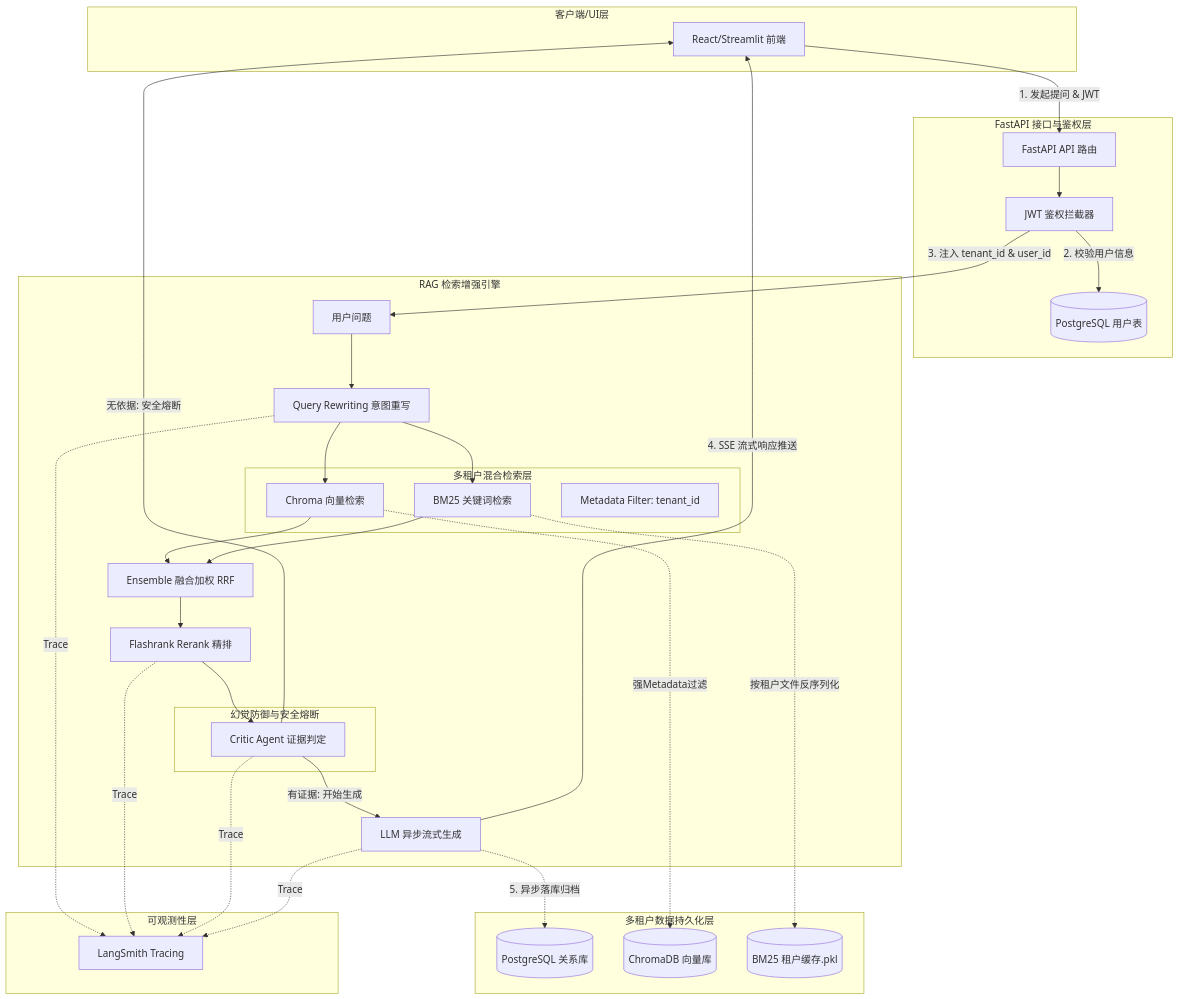
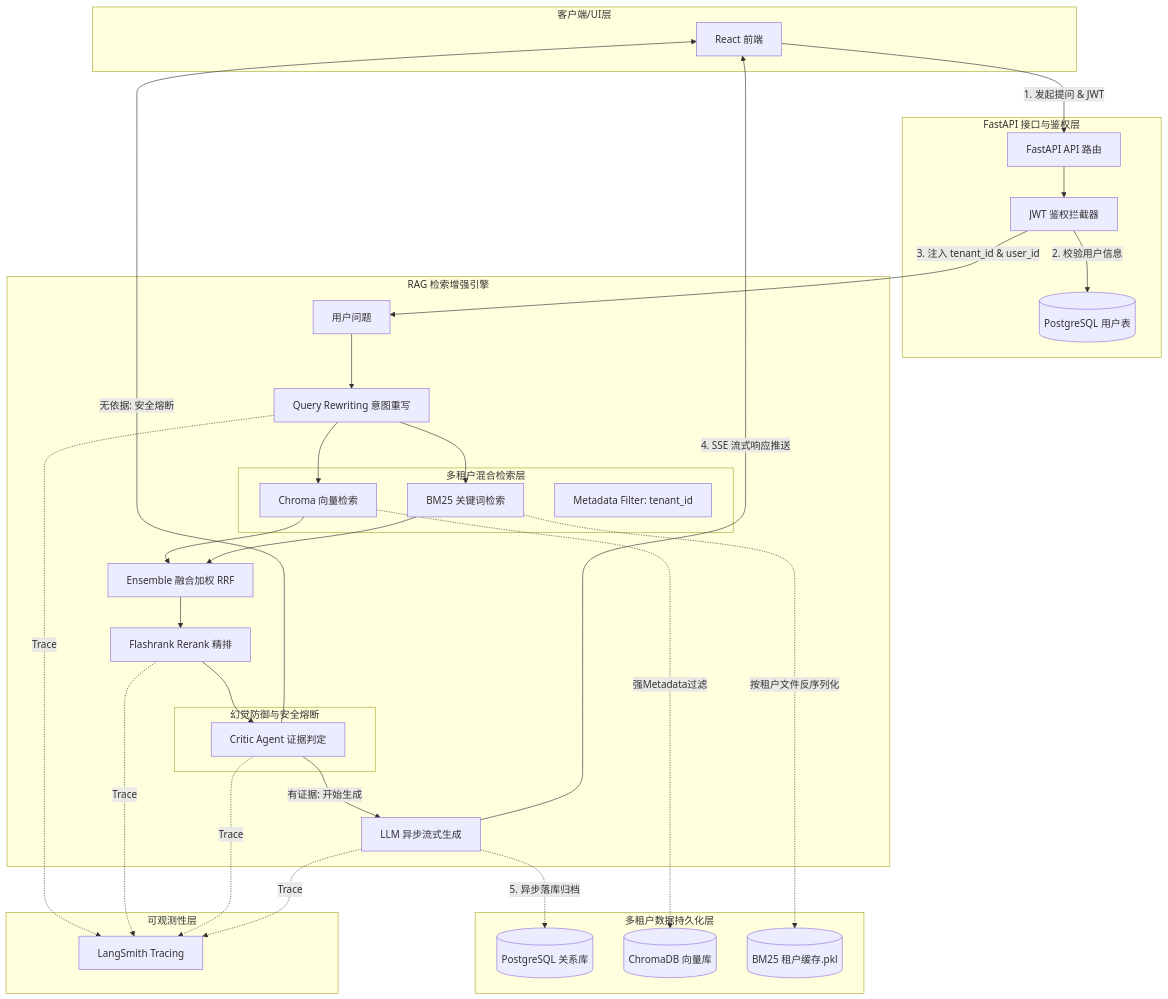
Before and after one commit to Autumn8001/Rag: the diagram in README.md, drawn with Mermaid. The commit also changed other lines of this file and 13 other files, not shown here.

````diff
--- a/README.md
+++ b/README.md
@@ -83,72 +97,72 @@
 ```mermaid
 graph TD
     subgraph Client [客户端/UI层]
-        UI[React/Streamlit 前端]
+        UI[React 前端]
     end
 
     subgraph API [FastAPI 接口与鉴权层]
         Router[FastAPI API 路由]
         Auth[JWT 鉴权拦截器]
         DB_User[(PostgreSQL 用户表)]
     end
 
     subgraph Engine [RAG 检索增强引擎]
         Query[用户问题]
         Rewrite[Query Rewriting 意图重写]
         
         subgraph Retrieval [多租户混合检索层]
             Chroma[Chroma 向量检索]
             BM25[BM25 关键词检索]
             Filter[Metadata Filter: tenant_id]
         end
         
         Ensemble[Ensemble 融合加权 RRF]
         Rerank[Flashrank Rerank 精排]
         
         subgraph Guard [幻觉防御与安全熔断]
             Critic[Critic Agent 证据判定]
         end
         
         Generator[LLM 异步流式生成]
     end
 
     subgraph Persistence [多租户数据持久化层]
         PG[(PostgreSQL 关系库)]
         ChromaStore[(ChromaDB 向量库)]
         BM25Store[(BM25 租户缓存.pkl)]
     end
 
     subgraph Observability [可观测性层]
         LangSmith[LangSmith Tracing]
     end
 
     %% 数据流指向
     UI -->|1. 发起提问 & JWT| Router
     Router --> Auth
     Auth -->|2. 校验用户信息| DB_User
     Auth -->|3. 注入 tenant_id & user_id| Query
     
     Query --> Rewrite
     Rewrite --> Chroma
     Rewrite --> BM25
     
     Chroma -.->|强Metadata过滤| ChromaStore
     BM25 -.->|按租户文件反序列化| BM25Store
     
     Chroma --> Ensemble
     BM25 --> Ensemble
     Ensemble --> Rerank
     Rerank --> Critic
     
     Critic -->|有证据: 开始生成| Generator
     Critic -->|无依据: 安全熔断| UI
     
     Generator -->|4. SSE 流式响应推送| UI
     Generator -.->|5. 异步落库归档| PG
     
     %% LangSmith 监控
     Rewrite -.->|Trace| LangSmith
     Rerank -.->|Trace| LangSmith
     Critic -.->|Trace| LangSmith
     Generator -.->|Trace| LangSmith
 ```
````
